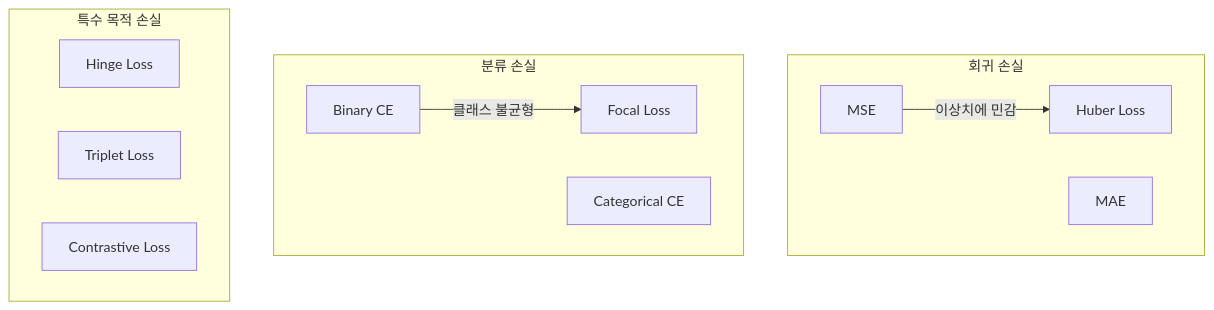
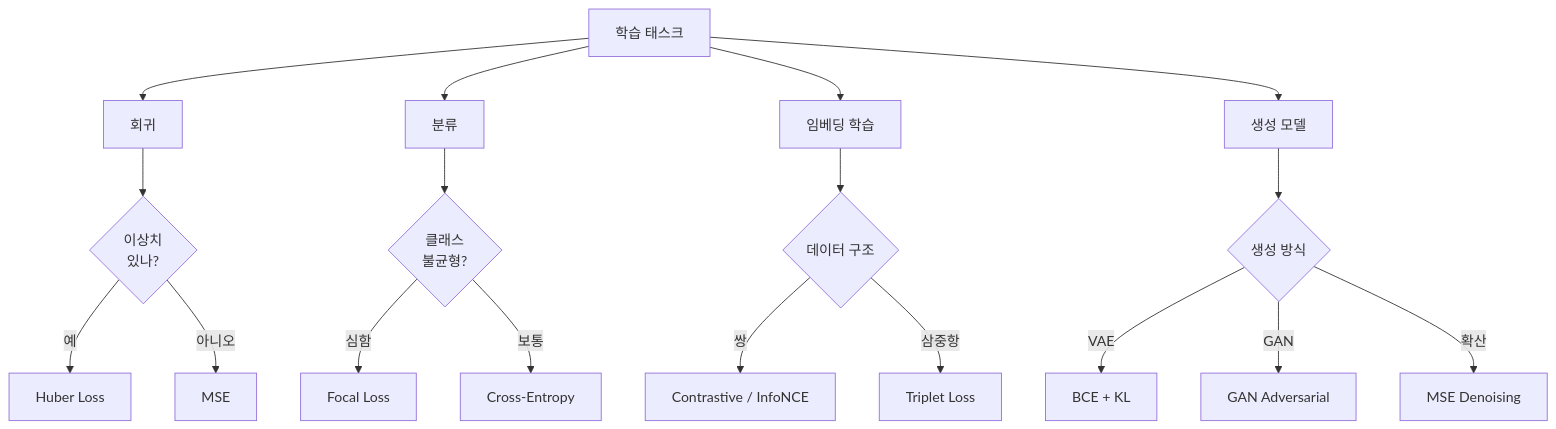
One commit to kim62210/llm-wiki changed the fourth of 4 diagrams in wiki/foundations/loss-functions.md. Above: the diagram before and after it, drawn with Mermaid. The commit also changed other lines of this file and 791 other files, not shown here.

````diff
--- a/wiki/foundations/loss-functions.md
+++ b/wiki/foundations/loss-functions.md
@@ -96,23 +336,24 @@
 ```mermaid
-graph TD
-    subgraph REGRESSION["회귀 손실"]
-        MSE_F[MSE]
-        MAE_F[MAE]
-        HUBER[Huber Loss]
-    end
-    
-    subgraph CLASSIFICATION["분류 손실"]
-        BCE[Binary CE]
-        CCE_F[Categorical CE]
-        FOCAL[Focal Loss]
-    end
-    
-    subgraph SPECIAL["특수 목적 손실"]
-        HINGE[Hinge Loss]
-        TRIPLET[Triplet Loss]
-        CONTRASTIVE[Contrastive Loss]
-    end
-    
-    MSE_F --> |이상치에 민감| HUBER
-    BCE --> |클래스 불균형| FOCAL
+flowchart TD
+    TASK[학습 태스크] --> REG[회귀]
+    TASK --> CLS[분류]
+    TASK --> EMB[임베딩 학습]
+    TASK --> GEN[생성 모델]
+
+    REG --> OUTLIER{이상치\n있나?}
+    OUTLIER -->|예| HUBER2[Huber Loss]
+    OUTLIER -->|아니오| MSE2[MSE]
+
+    CLS --> IMBALANCE{클래스\n불균형?}
+    IMBALANCE -->|심함| FOCAL2[Focal Loss]
+    IMBALANCE -->|보통| CE2[Cross-Entropy]
+
+    EMB --> PAIRS{데이터 구조}
+    PAIRS -->|쌍| CONTRASTIVE2[Contrastive / InfoNCE]
+    PAIRS -->|삼중항| TRIPLET2[Triplet Loss]
+
+    GEN --> TYPE{생성 방식}
+    TYPE -->|VAE| ELBO[BCE + KL]
+    TYPE -->|GAN| ADVER[GAN Adversarial]
+    TYPE -->|확산| DENOISE[MSE Denoising]
 ```
````
